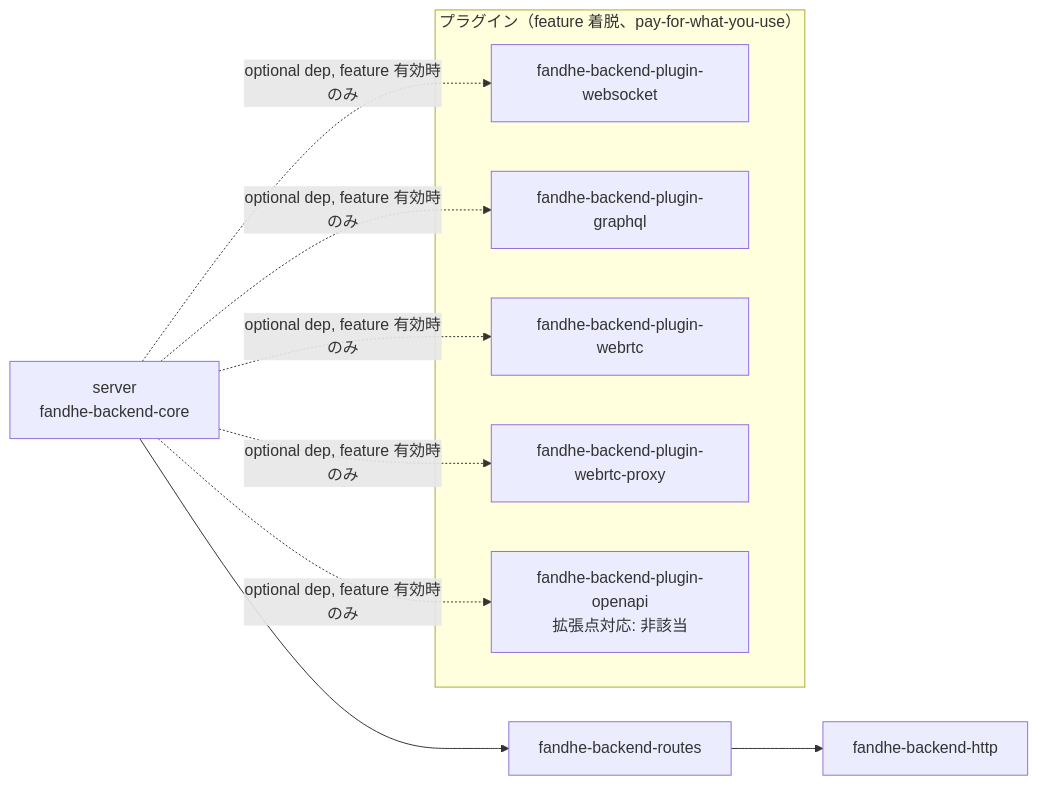
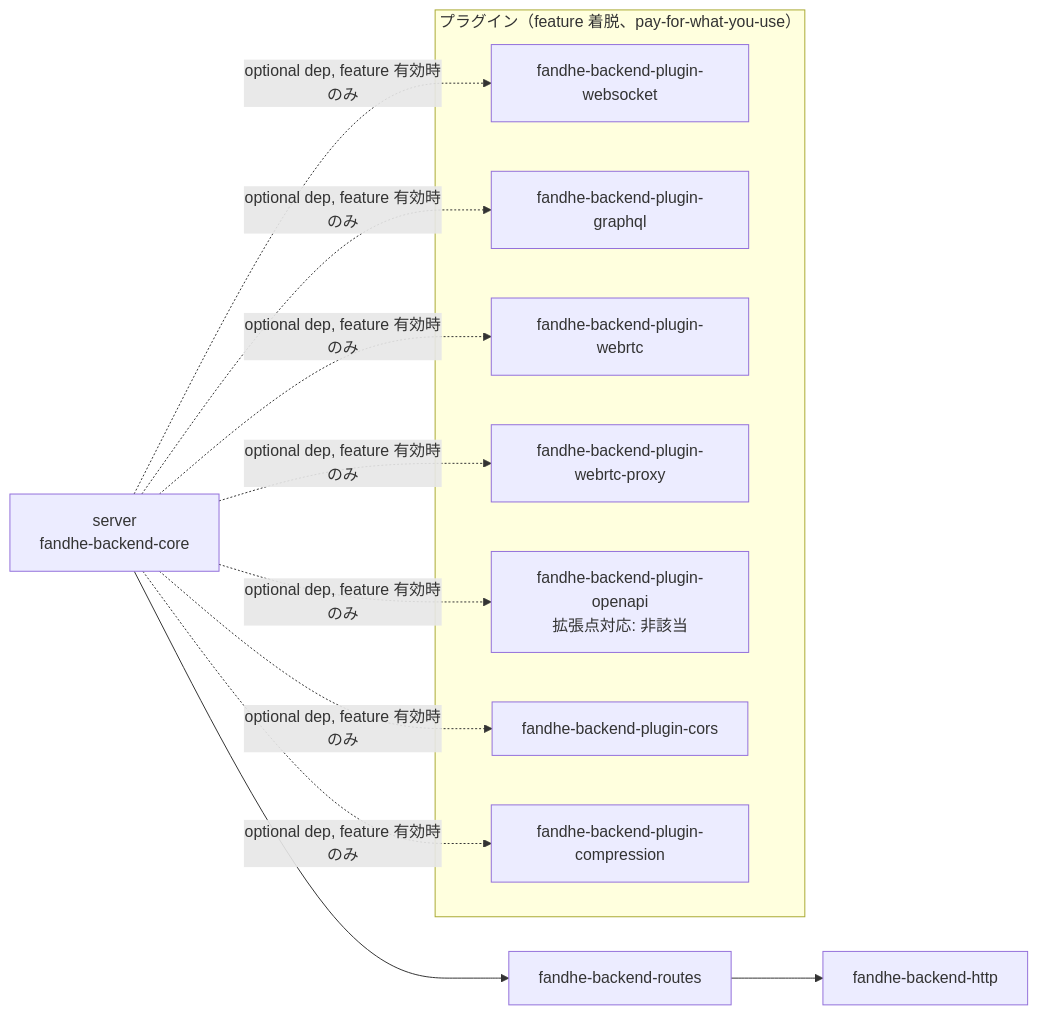
Before and after one commit to Fandhe-AI/fandhe-backend: the diagram in docs/design/dependency-graph-contract.md, drawn with Mermaid. The commit also changed other lines of this file and 16 other files, not shown here.

First line of the commit message:
feat(plugin-compression): レスポンス圧縮プラグインを実装する

````diff
--- a/docs/design/dependency-graph-contract.md
+++ b/docs/design/dependency-graph-contract.md
@@ -29,19 +29,23 @@
 ```mermaid
 graph LR
     server[server<br/>fandhe-backend-core] --> routes[fandhe-backend-routes]
     routes --> http[fandhe-backend-http]
 
     server -.->|optional dep, feature 有効時のみ| ws[fandhe-backend-plugin-websocket]
     server -.->|optional dep, feature 有効時のみ| gql[fandhe-backend-plugin-graphql]
     server -.->|optional dep, feature 有効時のみ| rtc[fandhe-backend-plugin-webrtc]
     server -.->|optional dep, feature 有効時のみ| rtcproxy[fandhe-backend-plugin-webrtc-proxy]
     server -.->|optional dep, feature 有効時のみ| openapi[fandhe-backend-plugin-openapi<br/>拡張点対応: 非該当]
+    server -.->|optional dep, feature 有効時のみ| cors[fandhe-backend-plugin-cors]
+    server -.->|optional dep, feature 有効時のみ| compression[fandhe-backend-plugin-compression]
 
     subgraph "プラグイン（feature 着脱、pay-for-what-you-use）"
         ws
         gql
         rtc
         rtcproxy
         openapi
+        cors
+        compression
     end
 ```
````
